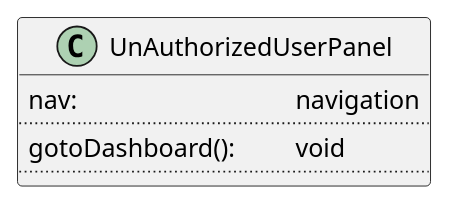
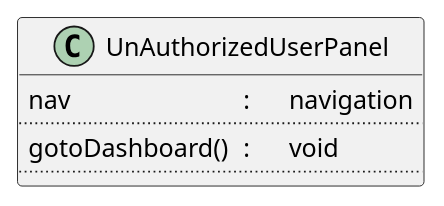
The diagram in frontend/components/unauthorised_user_panel/unauthorized_user_panel.class.puml (avasoft-mobility/workday-design), drawn with PlantUML before and after one commit. The commit also changed 1 other file, not shown here.

```diff
--- a/frontend/components/unauthorised_user_panel/unauthorized_user_panel.class.puml
+++ b/frontend/components/unauthorised_user_panel/unauthorized_user_panel.class.puml
@@ -1,9 +1,9 @@
 @startuml UnAuthorizedUserPanel
 
 class UnAuthorizedUserPanel {
-    nav: \t\t\t\t navigation
+    nav\t\t\t\t : \tnavigation
     ..
-    gotoDashboard(): \t void
+    gotoDashboard()\t : \tvoid
     ..
 }
 @enduml
```
